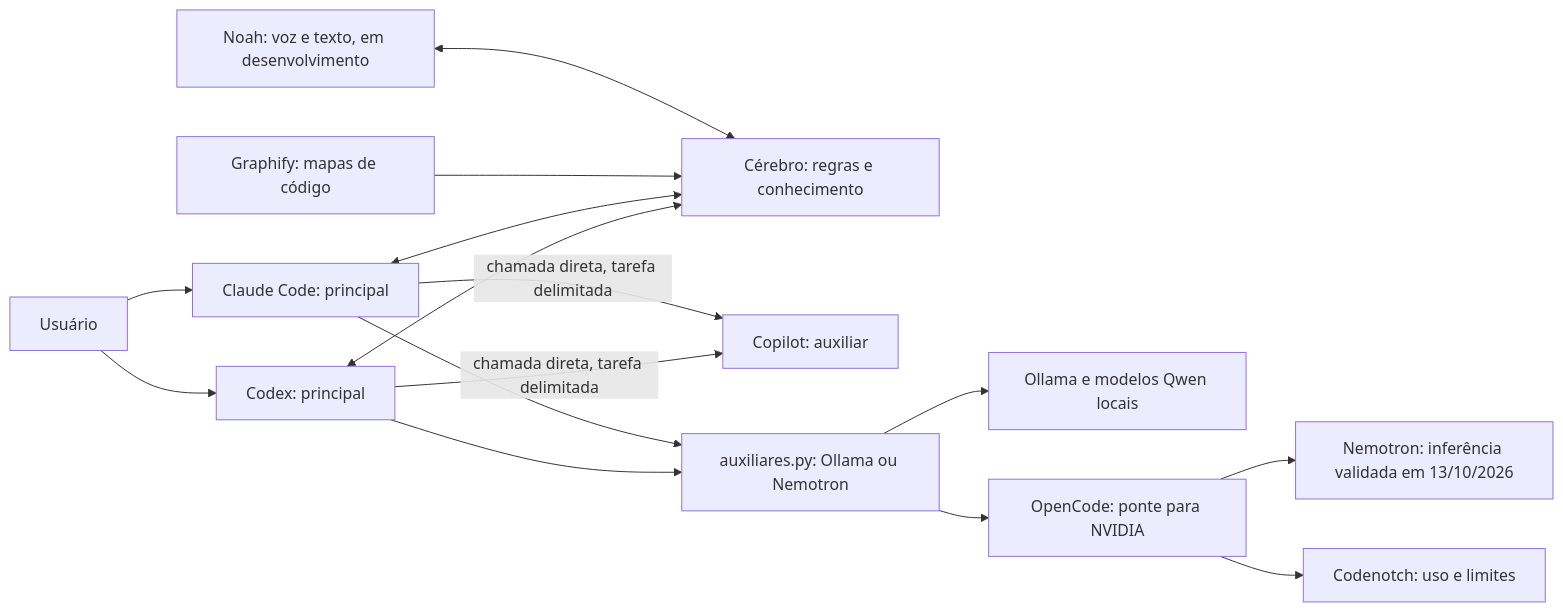
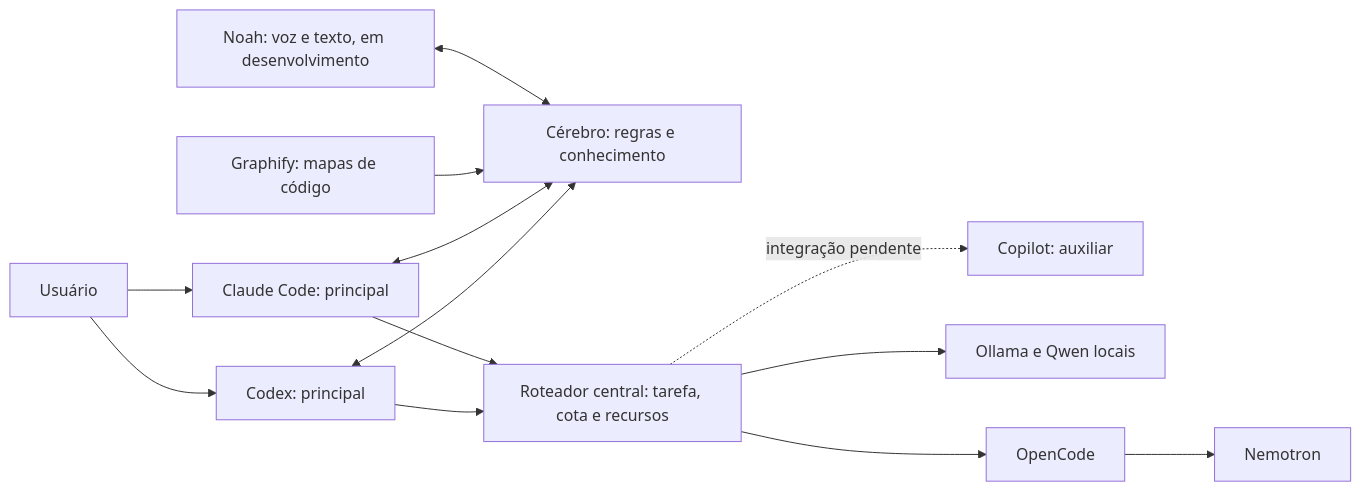
Before and after one commit to nicholasbirochi/Cerebro: the diagram in README.md, drawn with Mermaid. The commit also changed other lines of this file and 2 other files, not shown here.

Commit message:
chore: present the central router with three destinations and separate monitoring

````diff
--- a/README.md
+++ b/README.md
@@ -9,17 +9,15 @@
 ```mermaid
 flowchart LR
     P[Usuário] --> CX[Codex: principal]
     P --> CL[Claude Code: principal]
     CX <--> C[Cérebro: regras e conhecimento]
     CL <--> C
-    CX -->|chamada direta, tarefa delimitada| CP[Copilot: auxiliar]
-    CL -->|chamada direta, tarefa delimitada| CP
-    CX --> R[auxiliares.py: Ollama ou Nemotron]
+    CX --> R[Roteador central: tarefa, cota e recursos]
     CL --> R
-    R --> O[Ollama e modelos Qwen locais]
-    R --> OC[OpenCode: ponte para NVIDIA]
-    OC --> N[Nemotron: inferência validada em 13/10/2026]
+    R -.->|integração pendente| CP[Copilot: auxiliar]
+    R --> O[Ollama e Qwen locais]
+    R --> OC[OpenCode]
+    OC --> N[Nemotron]
     G[Graphify: mapas de código] --> C
     NO[Noah: voz e texto, em desenvolvimento] <--> C
-    OC --> U[Codenotch: uso e limites]
 ```
````
